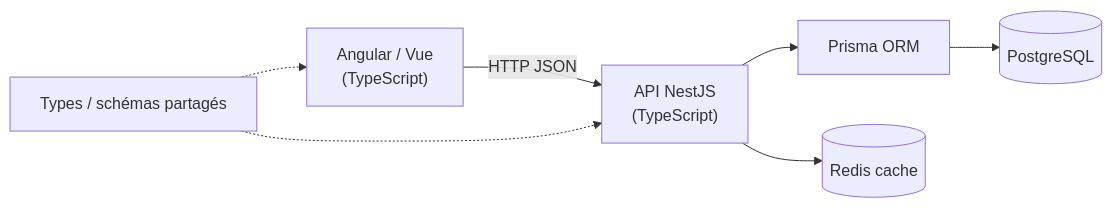
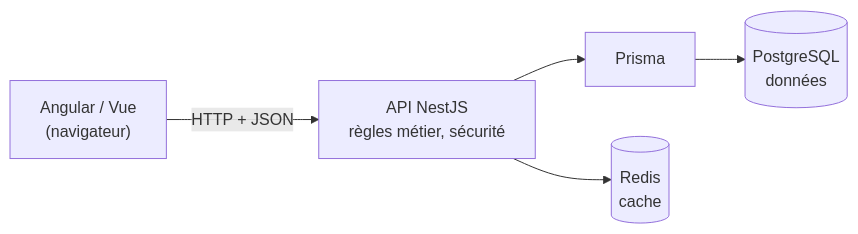
The diagram in 07-Frameworks/Backend/BACK-00-Choisir-son-Backend.md (galsen-76/Informatique-), drawn with Mermaid before and after one commit. The commit also changed other lines of this file and 19 other files, not shown here.

First line of the commit message:
Notes back-end réécrites (Node, NestJS, Prisma) : vulgarisées, fil rouge CinéTrack-API

````diff
--- a/07-Frameworks/Backend/BACK-00-Choisir-son-Backend.md
+++ b/07-Frameworks/Backend/BACK-00-Choisir-son-Backend.md
@@ -67,8 +28,6 @@
 ```mermaid
 flowchart LR
-  A["Angular / Vue<br/>(TypeScript)"] -->|"HTTP JSON"| N["API NestJS<br/>(TypeScript)"]
-  N --> P["Prisma ORM"] --> DB[(PostgreSQL)]
-  N --> R[(Redis cache)]
-  S["Types / schémas partagés"] -.-> A
-  S -.-> N
+  A["Angular / Vue<br/>(navigateur)"] -->|"HTTP + JSON"| N["API NestJS<br/>règles métier, sécurité"]
+  N --> P["Prisma"] --> DB[("PostgreSQL<br/>données")]
+  N --> R[("Redis<br/>cache")]
 ```
````
